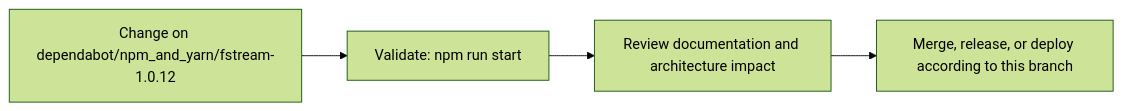
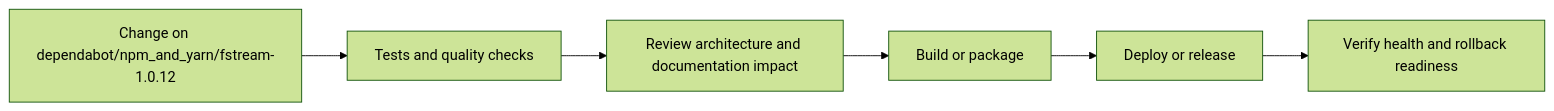
The fourth of 5 diagrams in README.md (Nischhalsubba/wp_Theme_Ronal), drawn with Mermaid (forest theme) before and after one commit. The commit also changed other lines of this file, not shown here.

````diff
--- a/README.md
+++ b/README.md
@@ -69,8 +145,8 @@
 ```mermaid
 flowchart LR
-    CHANGE["Change on dependabot/npm_and_yarn/fstream-1.0.12"]
-    CHECK["Validate: npm run start"]
-    REVIEW["Review documentation and architecture impact"]
-    RELEASE["Merge, release, or deploy according to this branch"]
-    CHANGE --> CHECK --> REVIEW --> RELEASE
+    CHANGE["Change on dependabot/npm_and_yarn/fstream-1.0.12"] --> CHECK["Tests and quality checks"]
+    CHECK --> REVIEW["Review architecture and documentation impact"]
+    REVIEW --> BUILD["Build or package"]
+    BUILD --> DEPLOY["Deploy or release"]
+    DEPLOY --> VERIFY["Verify health and rollback readiness"]
 ```
````
